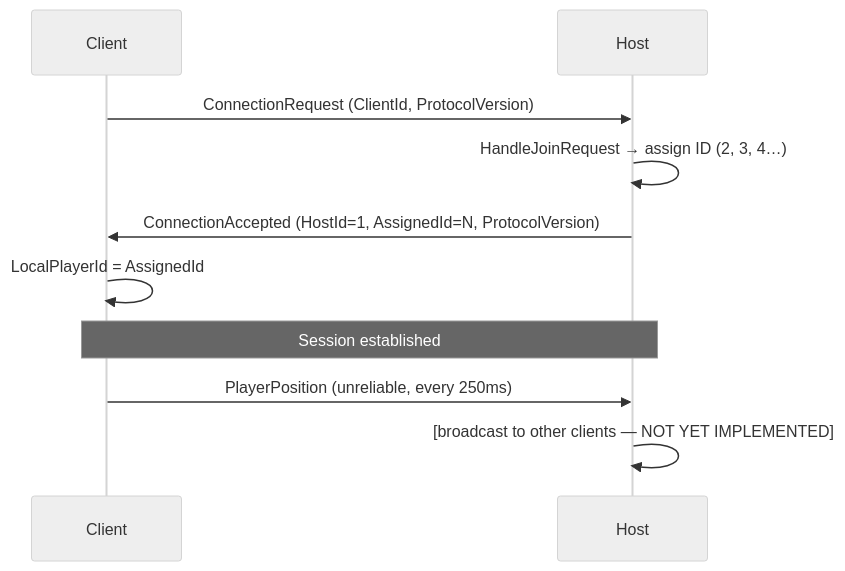
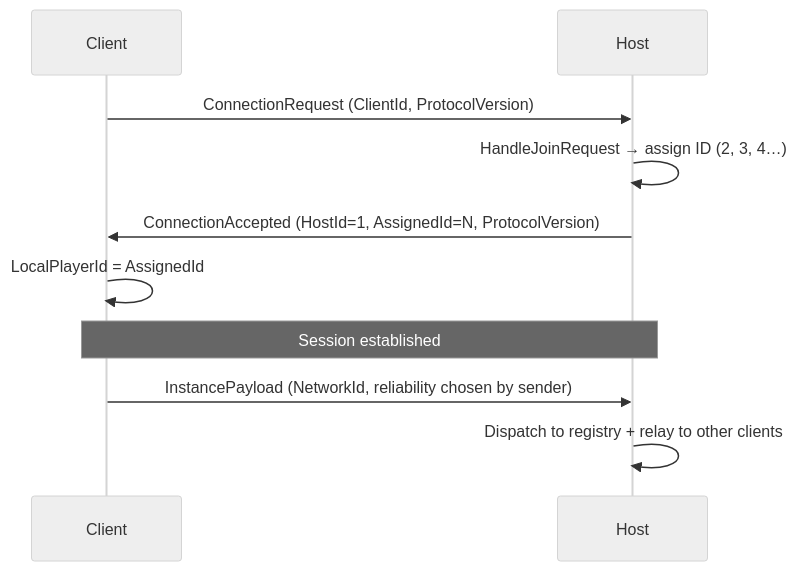
Before and after one commit to IsmaelDamasceno/GungeonTogether: the second of 6 diagrams in ARCHITECTURE.md, drawn with Mermaid (neutral theme). The commit also changed other lines of this file and 6 other files, not shown here.

````diff
--- a/ARCHITECTURE.md
+++ b/ARCHITECTURE.md
@@ -33,13 +33,13 @@
 ```mermaid
 sequenceDiagram
     participant C as Client
     participant H as Host
 
     C->>H: ConnectionRequest (ClientId, ProtocolVersion)
     H->>H: HandleJoinRequest → assign ID (2, 3, 4…)
     H->>C: ConnectionAccepted (HostId=1, AssignedId=N, ProtocolVersion)
     C->>C: LocalPlayerId = AssignedId
     Note over H,C: Session established
-    C->>H: PlayerPosition (unreliable, every 250ms)
-    H->>H: [broadcast to other clients — NOT YET IMPLEMENTED]
+    C->>H: InstancePayload (NetworkId, reliability chosen by sender)
+    H->>H: Dispatch to registry + relay to other clients
 ```
````
